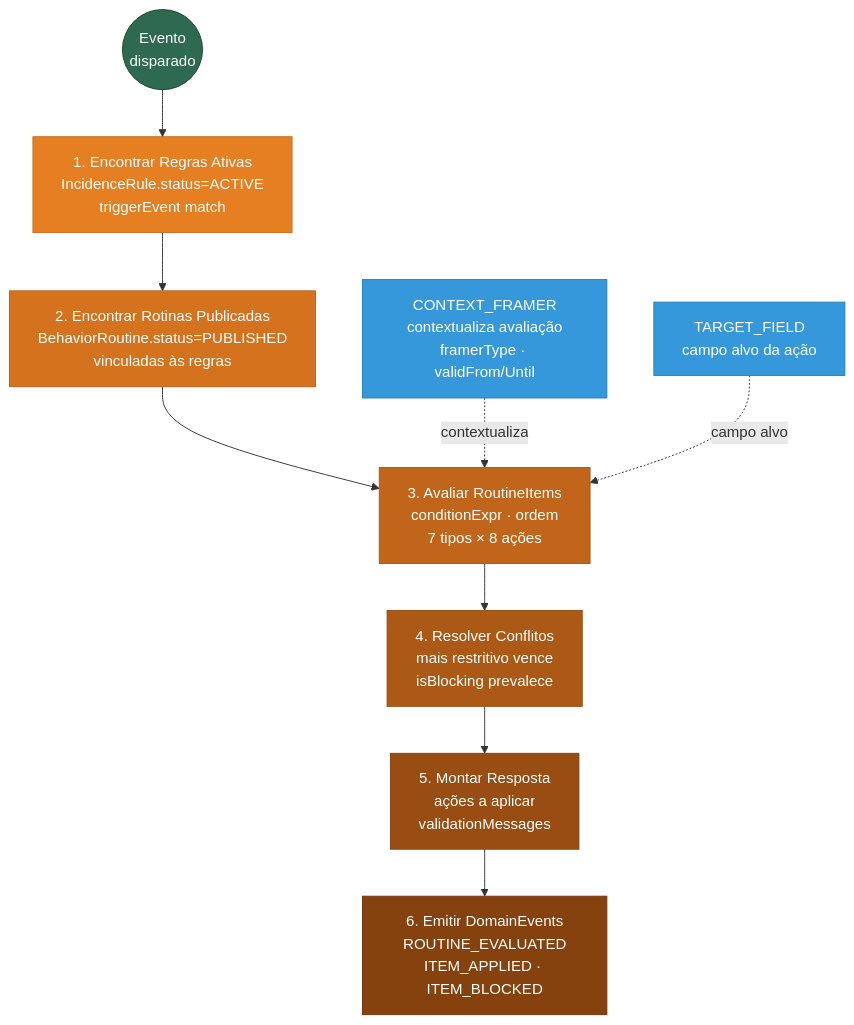
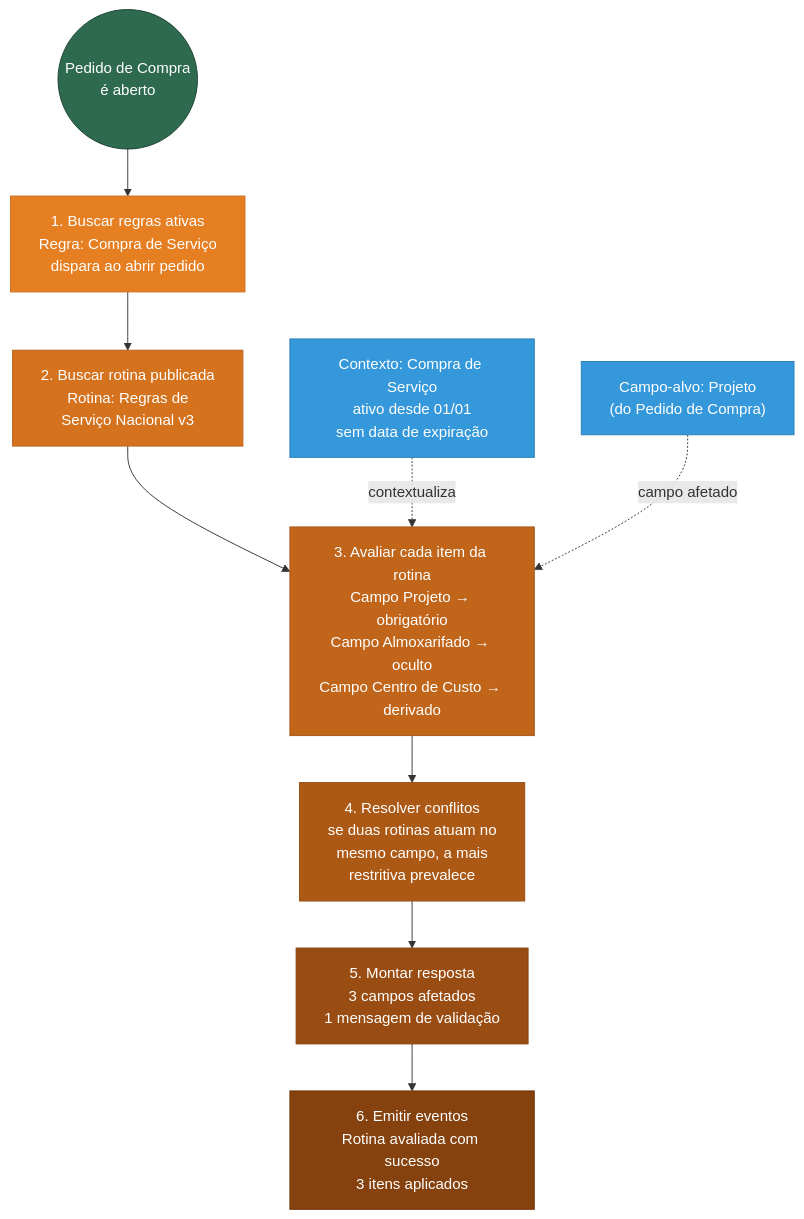
The first of 3 diagrams in docs/04_modules/mod-007-parametrizacao-contextual/diagrams/domain-model.md (sulivanti/easycf), drawn with Mermaid before and after one commit. The commit also changed 99 other files, not shown here.

Commit message:
chore: atualiza diagramas domain-model, skills e configurações de agentes

````diff
--- a/docs/04_modules/mod-007-parametrizacao-contextual/diagrams/domain-model.md
+++ b/docs/04_modules/mod-007-parametrizacao-contextual/diagrams/domain-model.md
@@ -5,41 +5,41 @@
 ```mermaid
 graph TD
-    START(("Evento<br/>disparado"))
-    S1["1. Encontrar Regras Ativas<br/>IncidenceRule.status=ACTIVE<br/>triggerEvent match"]
-    S2["2. Encontrar Rotinas Publicadas<br/>BehaviorRoutine.status=PUBLISHED<br/>vinculadas às regras"]
-    S3["3. Avaliar RoutineItems<br/>conditionExpr · ordem<br/>7 tipos × 8 ações"]
-    S4["4. Resolver Conflitos<br/>mais restritivo vence<br/>isBlocking prevalece"]
-    S5["5. Montar Resposta<br/>ações a aplicar<br/>validationMessages"]
-    S6["6. Emitir DomainEvents<br/>ROUTINE_EVALUATED<br/>ITEM_APPLIED · ITEM_BLOCKED"]
+    START(("Pedido de Compra<br/>é aberto"))
+    S1["1. Buscar regras ativas<br/>Regra: Compra de Serviço<br/>dispara ao abrir pedido"]
+    S2["2. Buscar rotina publicada<br/>Rotina: Regras de<br/>Serviço Nacional v3"]
+    S3["3. Avaliar cada item da rotina<br/>Campo Projeto → obrigatório<br/>Campo Almoxarifado → oculto<br/>Campo Centro de Custo → derivado"]
+    S4["4. Resolver conflitos<br/>se duas rotinas atuam no<br/>mesmo campo, a mais<br/>restritiva prevalece"]
+    S5["5. Montar resposta<br/>3 campos afetados<br/>1 mensagem de validação"]
+    S6["6. Emitir eventos<br/>Rotina avaliada com sucesso<br/>3 itens aplicados"]
 
     START --> S1
     S1 --> S2
     S2 --> S3
     S3 --> S4
     S4 --> S5
     S5 --> S6
 
-    CF["CONTEXT_FRAMER<br/>contextualiza avaliação<br/>framerType · validFrom/Until"]
-    TF["TARGET_FIELD<br/>campo alvo da ação"]
+    CF["Contexto: Compra de Serviço<br/>ativo desde 01/01<br/>sem data de expiração"]
+    TF["Campo-alvo: Projeto<br/>(do Pedido de Compra)"]
 
     CF -.->|"contextualiza"| S3
-    TF -.->|"campo alvo"| S3
+    TF -.->|"campo afetado"| S3
 
     classDef start fill:#2d6a4f,stroke:#1b4332,color:#fff
     classDef step1 fill:#E67E22,stroke:#CA6F1E,color:#fff
     classDef step2 fill:#D4721E,stroke:#BA6118,color:#fff
     classDef step3 fill:#C0651A,stroke:#A85716,color:#fff
     classDef step4 fill:#AD5916,stroke:#964D12,color:#fff
     classDef step5 fill:#994D12,stroke:#84410E,color:#fff
     classDef step6 fill:#85410E,stroke:#72360A,color:#fff
     classDef support fill:#3498DB,stroke:#2980B9,color:#fff
 
     class START start
     class S1 step1
     class S2 step2
     class S3 step3
     class S4 step4
     class S5 step5
     class S6 step6
     class CF,TF support
 ```
````
